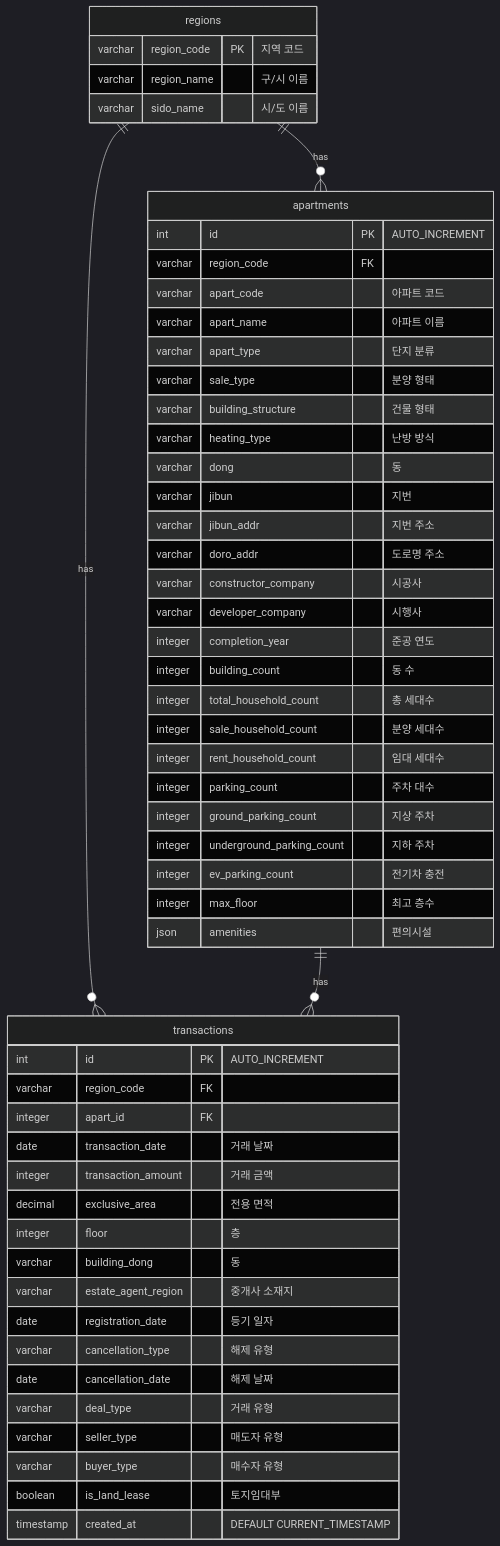
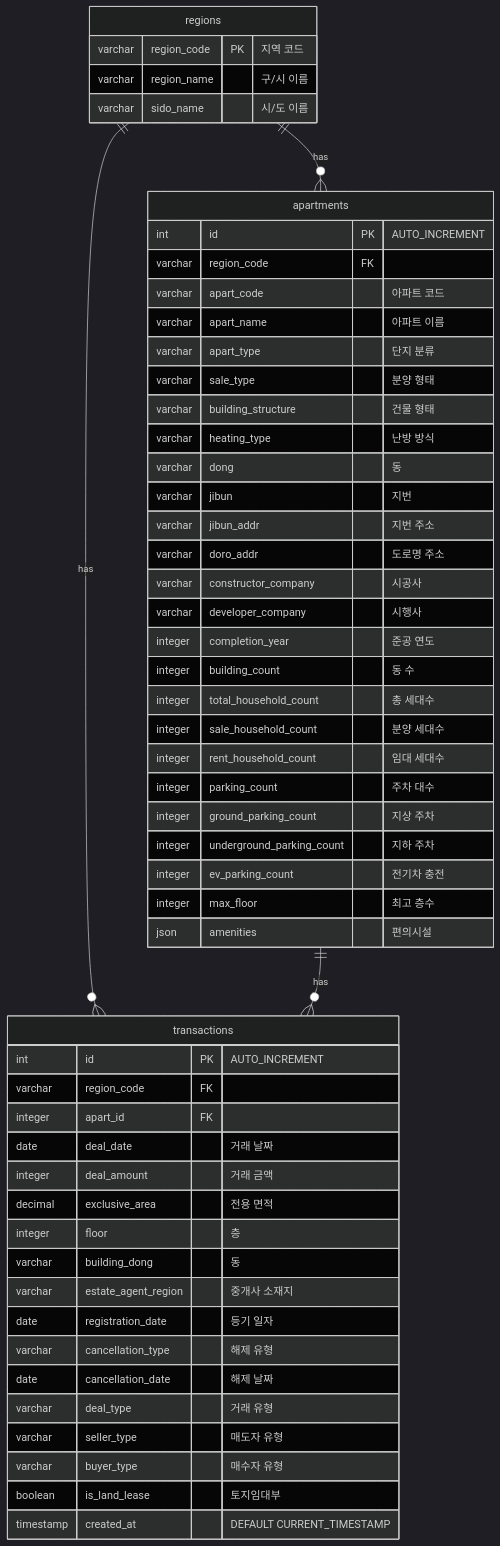
Before and after one commit to polym-team/polymorph-app: the diagram in apps/jibsayo/ERD.md, drawn with Mermaid (dark theme). The commit also changed other lines of this file, not shown here.

````diff
--- a/apps/jibsayo/ERD.md
+++ b/apps/jibsayo/ERD.md
@@ -5,60 +5,60 @@
 ```mermaid
 erDiagram
     regions ||--o{ apartments : "has"
     regions ||--o{ transactions : "has"
     apartments ||--o{ transactions : "has"
 
     regions {
         varchar region_code PK "지역 코드"
         varchar region_name "구/시 이름"
         varchar sido_name "시/도 이름"
     }
 
     apartments {
         int id PK "AUTO_INCREMENT"
         varchar region_code FK
         varchar apart_code "아파트 코드"
         varchar apart_name "아파트 이름"
         varchar apart_type "단지 분류"
         varchar sale_type "분양 형태"
         varchar building_structure "건물 형태"
         varchar heating_type "난방 방식"
         varchar dong "동"
         varchar jibun "지번"
         varchar jibun_addr "지번 주소"
         varchar doro_addr "도로명 주소"
         varchar constructor_company "시공사"
         varchar developer_company "시행사"
         integer completion_year "준공 연도"
         integer building_count "동 수"
         integer total_household_count "총 세대수"
         integer sale_household_count "분양 세대수"
         integer rent_household_count "임대 세대수"
         integer parking_count "주차 대수"
         integer ground_parking_count "지상 주차"
         integer underground_parking_count "지하 주차"
         integer ev_parking_count "전기차 충전"
         integer max_floor "최고 층수"
         json amenities "편의시설"
     }
 
     transactions {
         int id PK "AUTO_INCREMENT"
         varchar region_code FK
         integer apart_id FK
-        date transaction_date "거래 날짜"
-        integer transaction_amount "거래 금액"
+        date deal_date "거래 날짜"
+        integer deal_amount "거래 금액"
         decimal exclusive_area "전용 면적"
         integer floor "층"
         varchar building_dong "동"
         varchar estate_agent_region "중개사 소재지"
         date registration_date "등기 일자"
         varchar cancellation_type "해제 유형"
         date cancellation_date "해제 날짜"
         varchar deal_type "거래 유형"
         varchar seller_type "매도자 유형"
         varchar buyer_type "매수자 유형"
         boolean is_land_lease "토지임대부"
         timestamp created_at "DEFAULT CURRENT_TIMESTAMP"
     }
 ```
````
